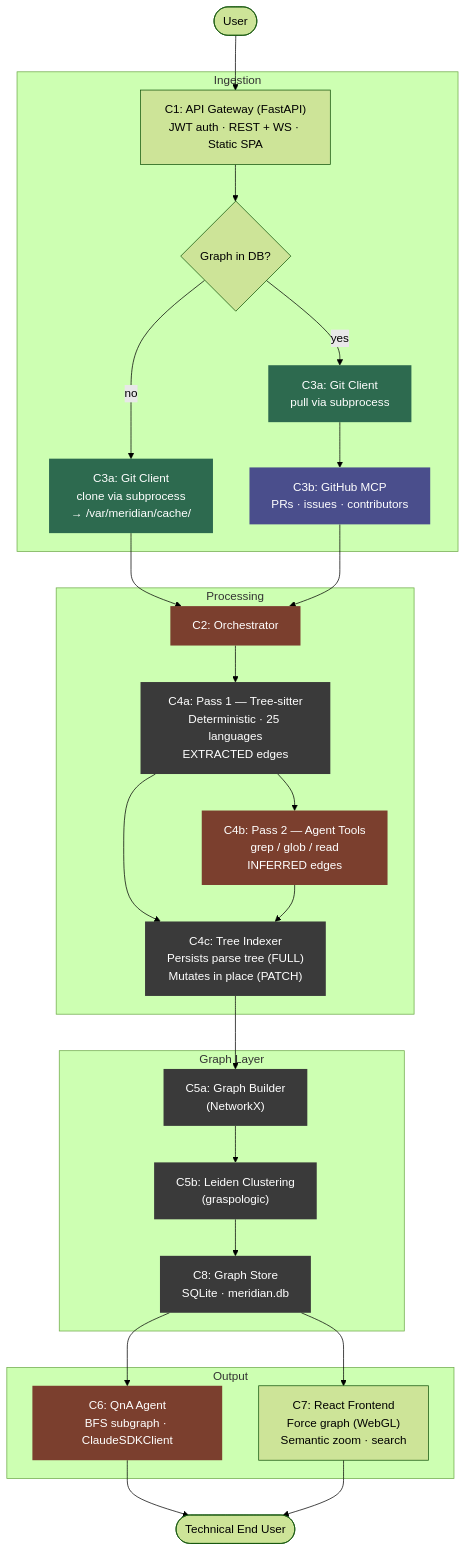
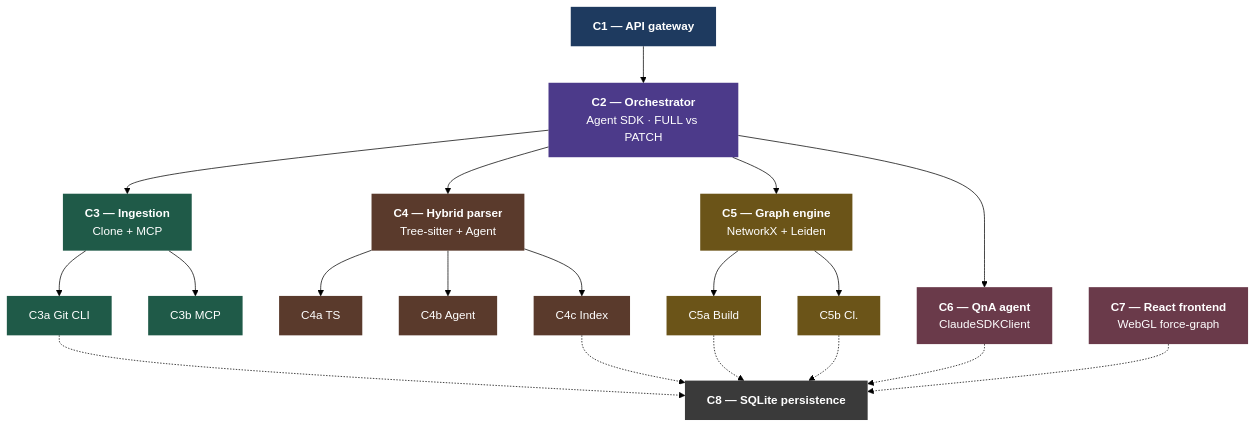
Before and after one commit to arkapatra31/meridian: the diagram in README.md, drawn with Mermaid (forest theme). The commit also changed other lines of this file, not shown here.

Commit message:
update readme
Update arch

````diff
--- a/README.md
+++ b/README.md
@@ -22,42 +22,61 @@
 ```mermaid
 flowchart TD
-    User([User]) --> C1
+    C1["<b>C1 — API gateway</b>"]
+    C2["<b>C2 — Orchestrator</b><br/>Agent SDK · FULL vs PATCH"]
 
-    subgraph Ingestion
-        C1["C1: API Gateway (FastAPI)\nJWT auth · REST + WS · Static SPA"]
-        C1 --> decision{Graph in DB?}
-        decision -- no --> C3a["C3a: Git Client\nclone via subprocess\n→ /var/meridian/cache/"]
-        decision -- yes --> C3a_pull["C3a: Git Client\npull via subprocess"]
-        C3a_pull --> C3b["C3b: GitHub MCP\nPRs · issues · contributors"]
-    end
+    C3["<b>C3 — Ingestion</b><br/>Clone + MCP"]
+    C3a["C3a Git CLI"]
+    C3b["C3b MCP"]
 
-    subgraph Processing
-        C3a & C3b --> C2["C2: Orchestrator"]
-        C2 --> C4a["C4a: Pass 1 — Tree-sitter\nDeterministic · 25 languages\nEXTRACTED edges"]
-        C4a --> C4b["C4b: Pass 2 — Agent Tools\ngrep / glob / read\nINFERRED edges"]
-        C4a & C4b --> C4c["C4c: Tree Indexer\nPersists parse tree (FULL)\nMutates in place (PATCH)"]
-    end
+    C4["<b>C4 — Hybrid parser</b><br/>Tree-sitter + Agent"]
+    C4a["C4a TS"]
+    C4b["C4b Agent"]
+    C4c["C4c Index"]
 
-    subgraph Graph Layer
-        C4c --> C5a["C5a: Graph Builder\n(NetworkX)"]
-        C5a --> C5b["C5b: Leiden Clustering\n(graspologic)"]
-        C5b --> C8["C8: Graph Store\nSQLite · meridian.db"]
-    end
+    C5["<b>C5 — Graph engine</b><br/>NetworkX + Leiden"]
+    C5a["C5a Build"]
+    C5b["C5b Cl."]
 
-    subgraph Output
-        C8 --> C6["C6: QnA Agent\nBFS subgraph · ClaudeSDKClient"]
-        C8 --> C7["C7: React Frontend\nForce graph (WebGL)\nSemantic zoom · search"]
-    end
+    C6["<b>C6 — QnA agent</b><br/>ClaudeSDKClient"]
+    C7["<b>C7 — React frontend</b><br/>WebGL force-graph"]
+    C8["<b>C8 — SQLite persistence</b>"]
 
-    C6 & C7 --> EndUser([Technical End User])
+    C1 --> C2
+    C2 --> C3
+    C2 --> C4
+    C2 --> C5
+    C2 --> C6
 
-    classDef gitProtocol fill:#2d6a4f,color:#fff,stroke:none
-    classDef githubApi fill:#4a4e8c,color:#fff,stroke:none
-    classDef anthropicApi fill:#7b3f2e,color:#fff,stroke:none
-    classDef local fill:#3a3a3a,color:#fff,stroke:none
+    C3 --> C3a
+    C3 --> C3b
 
-    class C3a,C3a_pull gitProtocol
-    class C3b githubApi
-    class C2,C4b,C6 anthropicApi
-    class C4a,C4c,C5a,C5b,C8 local
+    C4 --> C4a
+    C4 --> C4b
+    C4 --> C4c
+
+    C5 --> C5a
+    C5 --> C5b
+
+    C3a -.-> C8
+    C4c -.-> C8
+    C5a -.-> C8
+    C5b -.-> C8
+    C6  -.-> C8
+    C7  -.-> C8
+
+    classDef gateway     fill:#1e3a5f,color:#fff,stroke:none
+    classDef orchestrate fill:#4c3a8a,color:#fff,stroke:none
+    classDef ingestion   fill:#1f5a48,color:#fff,stroke:none
+    classDef parser      fill:#5a3a2c,color:#fff,stroke:none
+    classDef engine      fill:#6b5418,color:#fff,stroke:none
+    classDef output      fill:#6a3a4a,color:#fff,stroke:none
+    classDef persistence fill:#3a3a3a,color:#fff,stroke:none
+
+    class C1 gateway
+    class C2 orchestrate
+    class C3,C3a,C3b ingestion
+    class C4,C4a,C4b,C4c parser
+    class C5,C5a,C5b engine
+    class C6,C7 output
+    class C8 persistence
 ```
````
